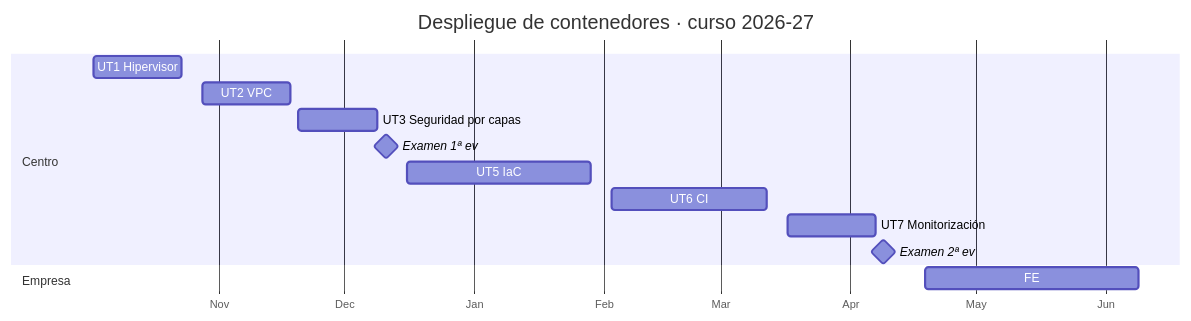
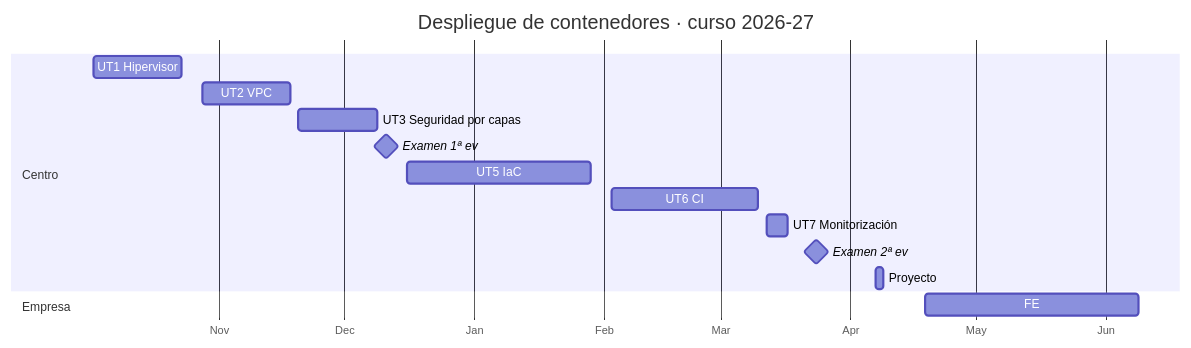
Before and after one commit to victor-educ/apuntes-5166: the diagram in docs/calendario.md, drawn with Mermaid. The commit also changed other lines of this file and 15 other files, not shown here.

````diff
--- a/docs/calendario.md
+++ b/docs/calendario.md
@@ -78,17 +85,18 @@
 ```mermaid
 gantt
     title Despliegue de contenedores · curso 2026-27
     dateFormat  YYYY-MM-DD
     axisFormat  %b
     section Centro
     UT1 Hipervisor            :2026-10-02, 2026-10-23
     UT2 VPC                   :2026-10-28, 2026-11-18
     UT3 Seguridad por capas   :2026-11-20, 2026-12-09
     Examen 1ª ev              :milestone, 2026-12-11, 0d
     UT5 IaC                   :2026-12-16, 2027-01-29
-    UT6 CI                    :2027-02-03, 2027-03-12
-    UT7 Monitorización        :2027-03-17, 2027-04-07
-    Examen 2ª ev              :milestone, 2027-04-09, 0d
+    UT6 CI                    :2027-02-03, 2027-03-10
+    UT7 Monitorización        :2027-03-12, 2027-03-17
+    Examen 2ª ev              :milestone, 2027-03-24, 0d
+    Proyecto                  :2027-04-07, 2027-04-09
     section Empresa
     FE                        :2027-04-19, 2027-06-09
 ```
````
